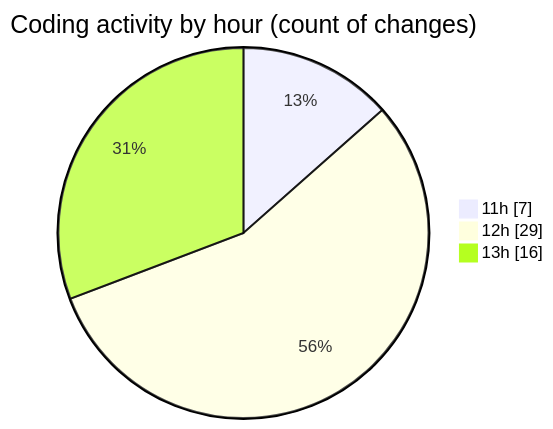
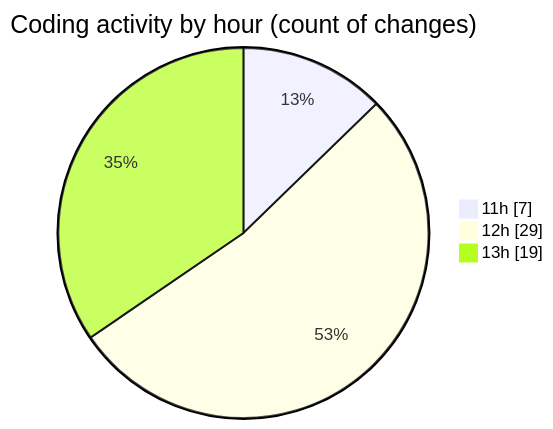
Before and after one commit to LanceThiago/code-tracking: the second of 2 diagrams in 2025-01-08/nueva_carpeta/README.md, drawn with Mermaid. The commit also changed other lines of this file and 1 other file, not shown here.

````diff
--- a/2025-01-08/nueva_carpeta/README.md
+++ b/2025-01-08/nueva_carpeta/README.md
@@ -28,7 +28,7 @@
 ```mermaid
 pie showData
 title Coding activity by hour (count of changes)
 "11h" : 7
 "12h" : 29
-"13h" : 16
+"13h" : 19
 ```
````
